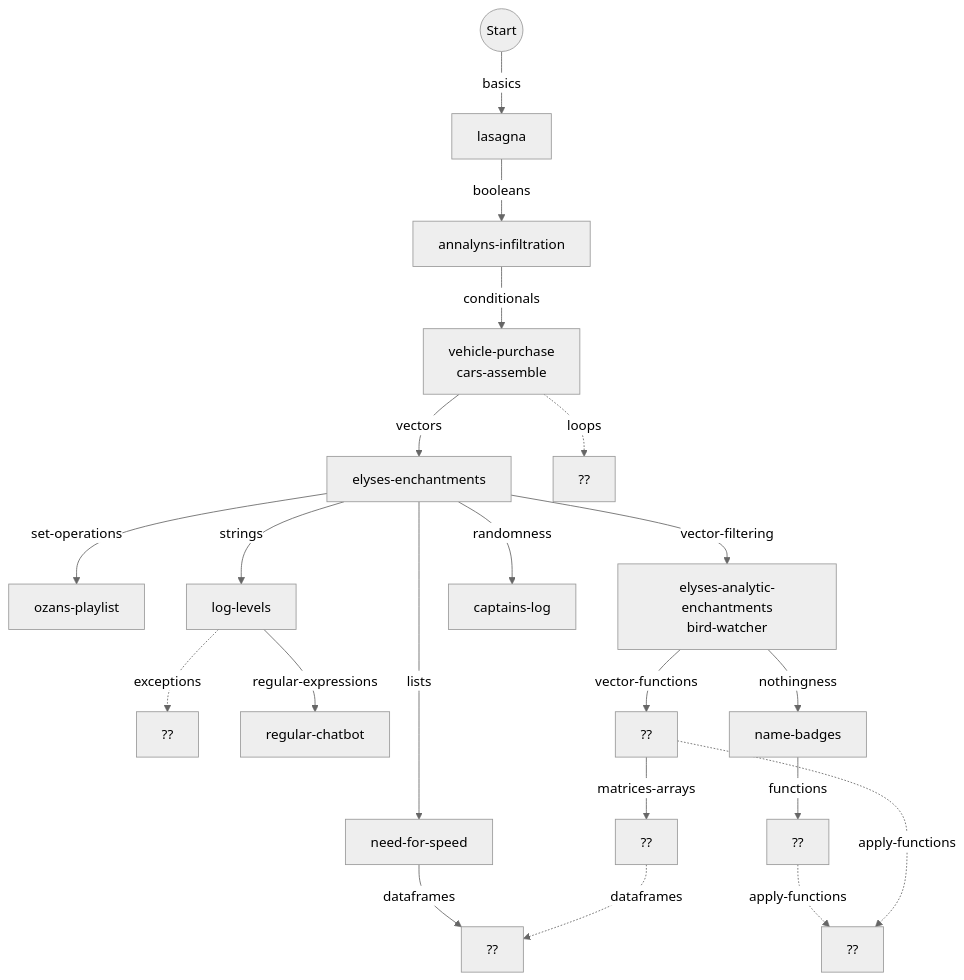
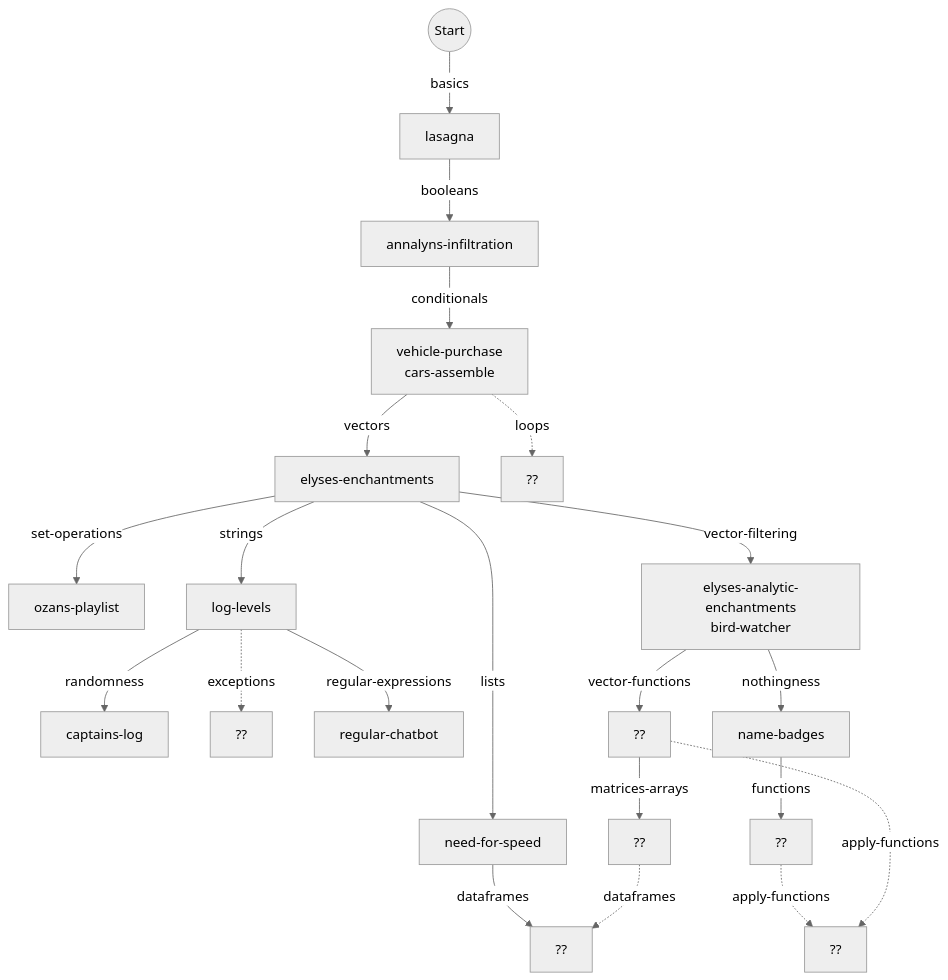
One commit to colinleach/r_concepts changed the first of 2 diagrams in flowchart.md. Above: the diagram before and after it, drawn with Mermaid (neutral theme). The commit also changed 8 other files, not shown here.

Commit message:
captains-log

````diff
--- a/flowchart.md
+++ b/flowchart.md
@@ -7,24 +7,24 @@
 ```mermaid
 graph TD
     
 start(("Start")) --basics--> basics["lasagna"]
 basics --booleans--> booleans["annalyns-infiltration"]
 booleans --conditionals--> conditionals["vehicle-purchase<br/>cars-assemble"]
 conditionals --vectors--> vectors["elyses-enchantments"]
 conditionals -.loops.-> loops["??"]
 vectors --set-operations--> set-operations["ozans-playlist"]
+strings --randomness--> randomness["captains-log"]
 strings -.exceptions.-> exceptions["??"]
 vectors --lists--> lists["need-for-speed"]
 vectors --vector-filtering--> vector-filtering["elyses-analytic-enchantments<br/>bird-watcher"]
 strings --regular-expressions--> regular-expressions["regular-chatbot"]
 vector-filtering --vector-functions--> vector-functions["??"]
 vector-filtering --nothingness--> nothingness["name-badges"]
 vectors --strings--> strings["log-levels"]
-vectors --randomness--> randomness["captains-log"]
 nothingness --functions--> functions["??"]
 functions -.apply-functions.-> apply-functions["??"]
 vector-functions -.apply-functions.-> apply-functions["??"]
 vector-functions --matrices-arrays--> matrices-arrays["??"]
 lists --dataframes--> dataframes["??"]
 matrices-arrays -.dataframes.-> dataframes
 ```
````
